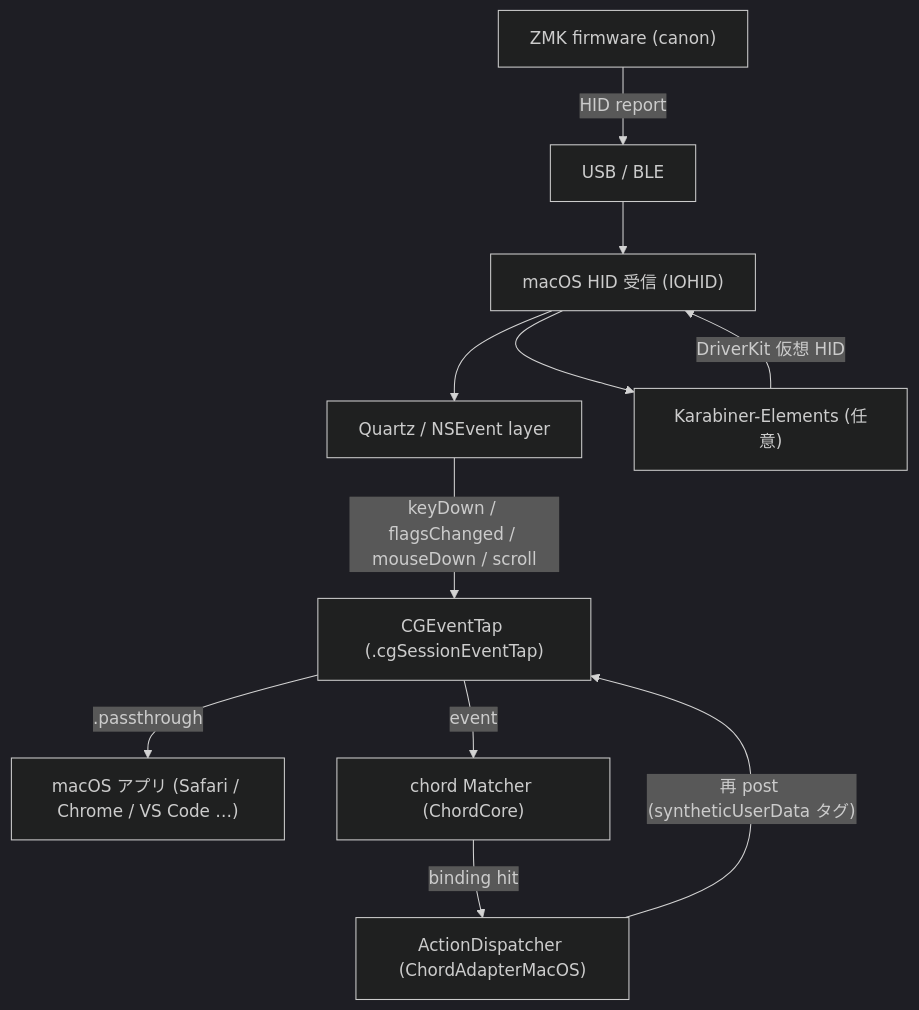
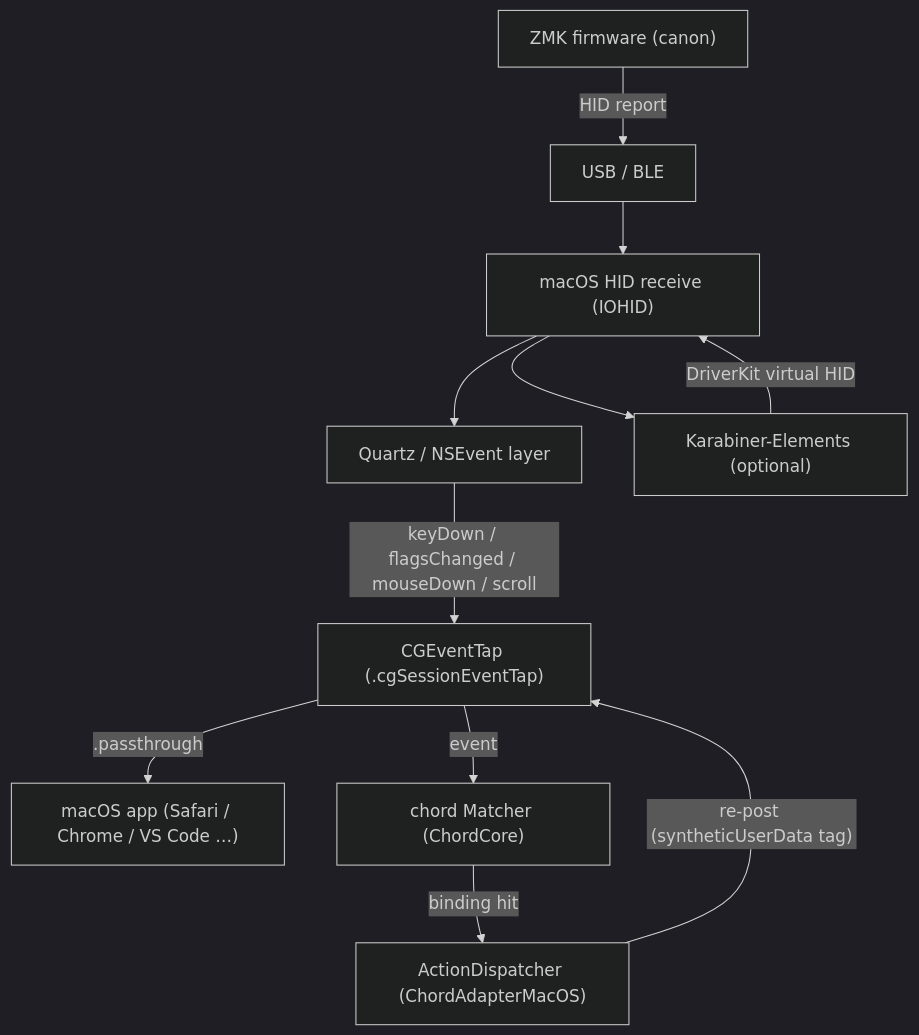
The first of 3 diagrams in docs/glossary.md (akira-toriyama/chord), drawn with Mermaid (dark theme) before and after one commit. The commit also changed other lines of this file and 3 other files, not shown here.

````diff
--- a/docs/glossary.md
+++ b/docs/glossary.md
@@ -29,24 +31,24 @@
 ```mermaid
 flowchart TB
-  app["macOS アプリ (Safari / Chrome / VS Code …)"]
+  app["macOS app (Safari / Chrome / VS Code …)"]
   quartz["Quartz / NSEvent layer"]
   tap["CGEventTap (.cgSessionEventTap)"]
   matcher["chord Matcher (ChordCore)"]
   dispatcher["ActionDispatcher (ChordAdapterMacOS)"]
-  os_hid["macOS HID 受信 (IOHID)"]
+  os_hid["macOS HID receive (IOHID)"]
   ble_usb["USB / BLE"]
   zmk["ZMK firmware (canon)"]
-  karabiner["Karabiner-Elements (任意)"]
+  karabiner["Karabiner-Elements (optional)"]
 
   zmk -->|"HID report"| ble_usb
   ble_usb --> os_hid
   os_hid --> karabiner
-  karabiner -->|"DriverKit 仮想 HID"| os_hid
+  karabiner -->|"DriverKit virtual HID"| os_hid
   os_hid --> quartz
   quartz -->|"keyDown / flagsChanged / mouseDown / scroll"| tap
   tap -->|"event"| matcher
   matcher -->|"binding hit"| dispatcher
-  dispatcher -->|"再 post (syntheticUserData タグ)"| tap
+  dispatcher -->|"re-post (syntheticUserData tag)"| tap
   tap -->|".passthrough"| app
   app
 ```
````
